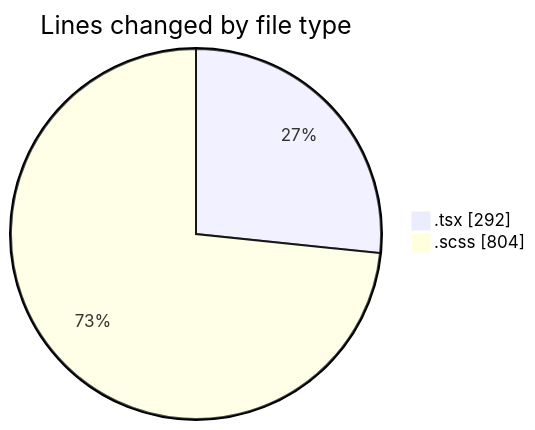
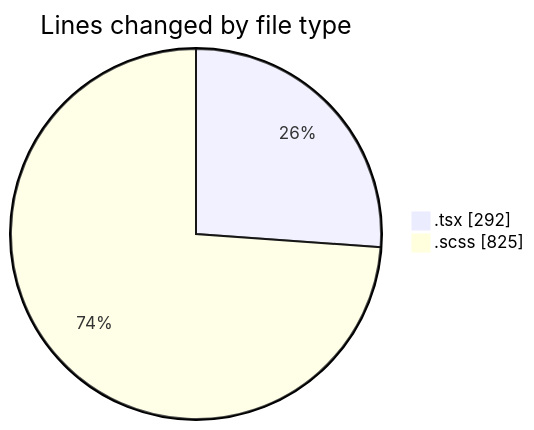
Before and after one commit to momahboobian/code-tracking: the first of 2 diagrams in 2025-09-19/cda/README.md, drawn with Mermaid. The commit also changed other lines of this file and 1 other file, not shown here.

````diff
--- a/2025-09-19/cda/README.md
+++ b/2025-09-19/cda/README.md
@@ -21,6 +21,6 @@
 ```mermaid
 pie showData
 title Lines changed by file type
 ".tsx" : 292
-".scss" : 804
+".scss" : 825
 ```
````
